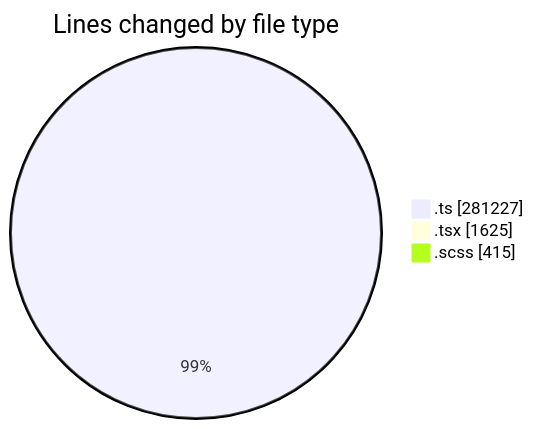
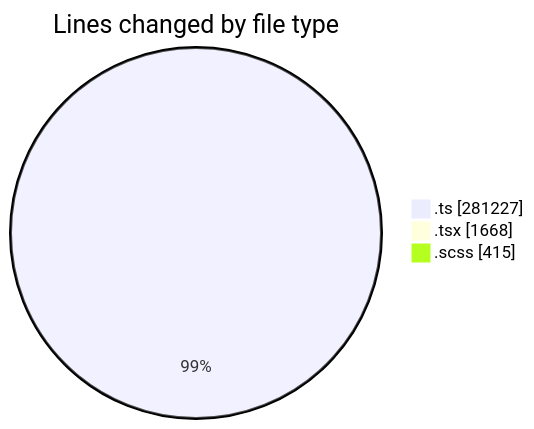
The first of 2 diagrams in 2025-08-22/cda/README.md (momahboobian/code-tracking), drawn with Mermaid before and after one commit. The commit also changed other lines of this file and 1 other file, not shown here.

````diff
--- a/2025-08-22/cda/README.md
+++ b/2025-08-22/cda/README.md
@@ -40,7 +40,7 @@
 ```mermaid
 pie showData
 title Lines changed by file type
 ".ts" : 281227
-".tsx" : 1625
+".tsx" : 1668
 ".scss" : 415
 ```
````
